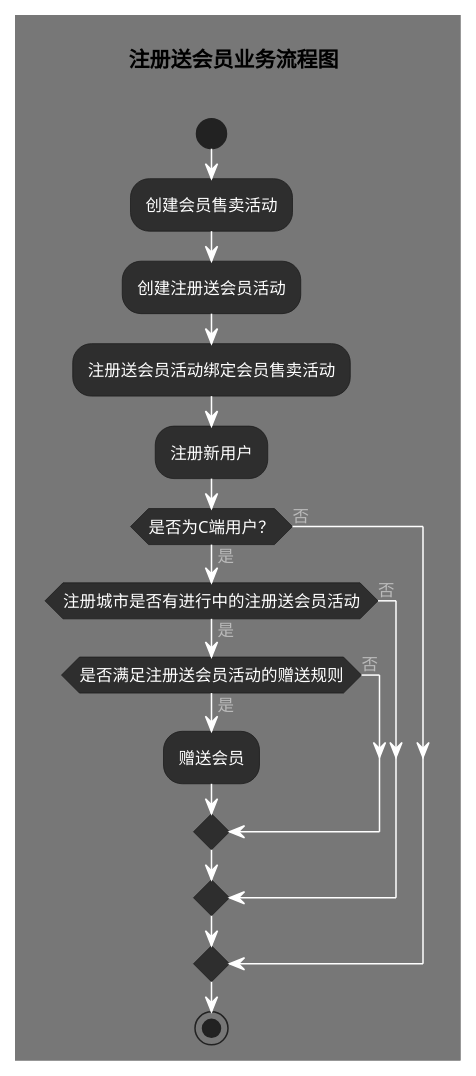
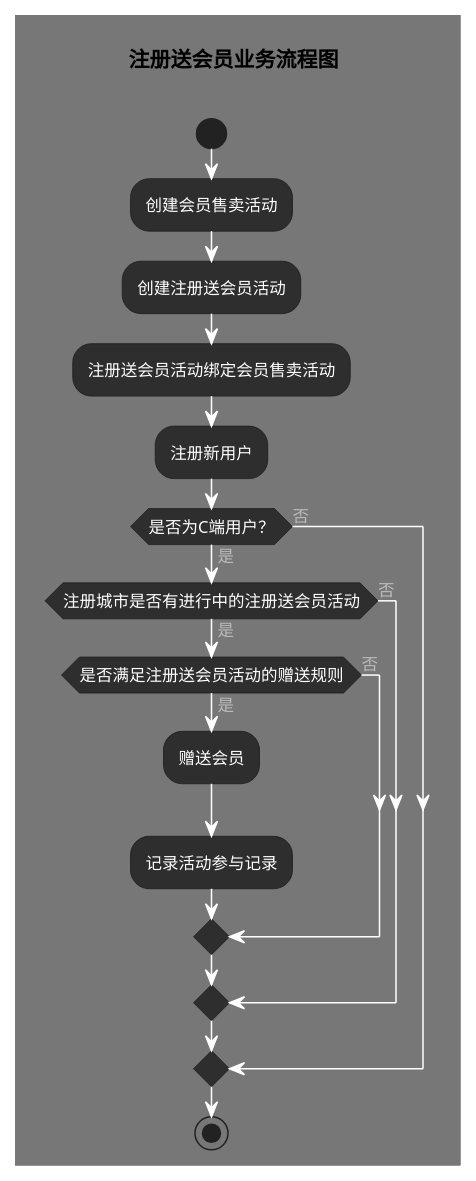
The diagram in demo_lean/src/main/resources/activity/RegisterMemberActivity.puml (Awesome-GJK/LearningCodes), drawn with PlantUML before and after one commit. The commit also changed 1 other file, not shown here.

Commit message:
邀请有礼活动图

```diff
--- a/demo_lean/src/main/resources/activity/RegisterMemberActivity.puml
+++ b/demo_lean/src/main/resources/activity/RegisterMemberActivity.puml
@@ -1,34 +1,35 @@
 @startuml
 !theme reddress-darkorange
 'https://plantuml.com/activity-diagram-beta
 
 title 注册送会员业务流程图 \n
 
 start
 
 :创建会员售卖活动;
 
 :创建注册送会员活动;
 
 :注册送会员活动绑定会员售卖活动;
 
 :注册新用户;
 
 if (是否为C端用户？) then (是)
 
   if (注册城市是否有进行中的注册送会员活动) then (是)
 
     if (是否满足注册送会员活动的赠送规则) then (是)
         :赠送会员;
+        :记录活动参与记录;
     else(否)
     endif
 
   else  (否)
   endif
 
 else (否)
 endif
 
 stop
 
 @enduml
```
